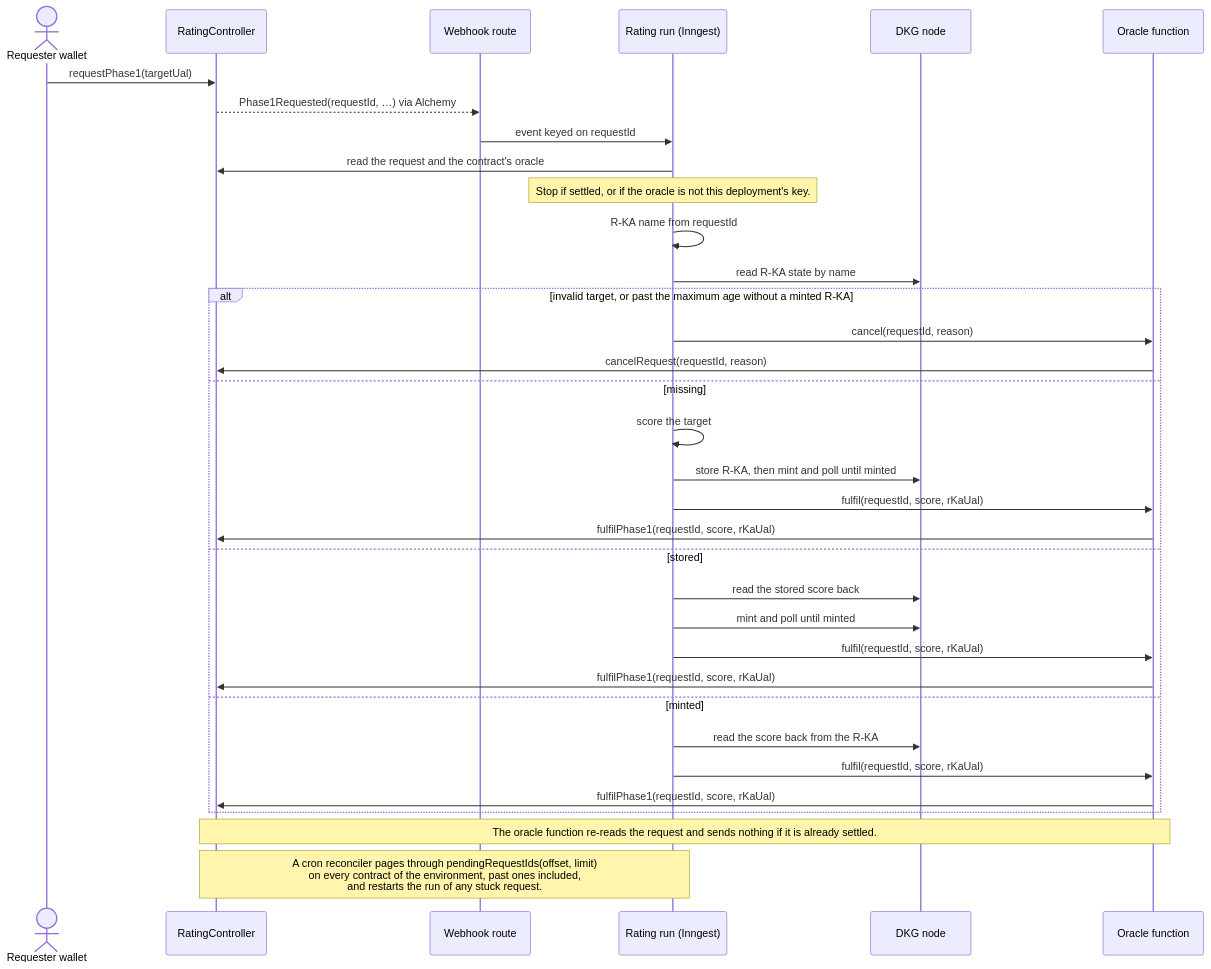
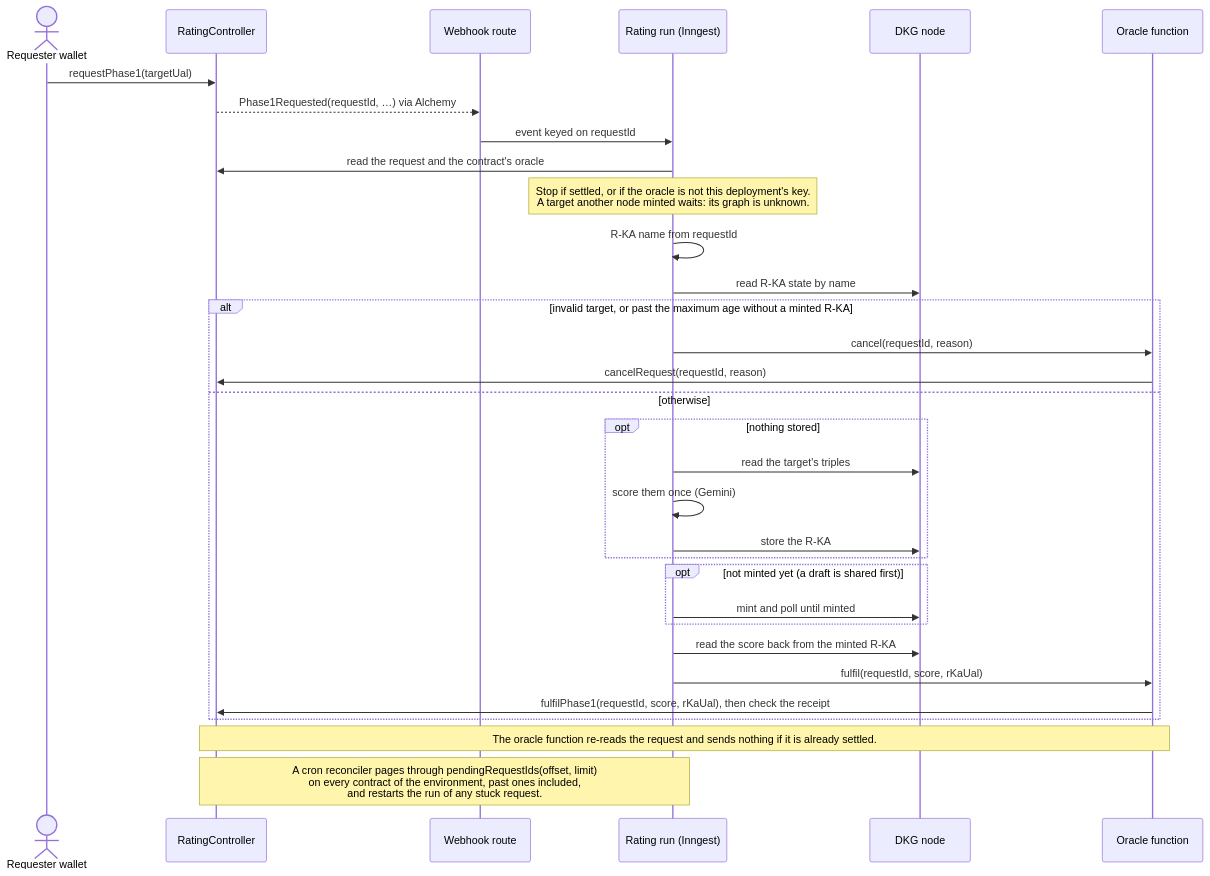
One commit to SiegfriedBz/labstrail changed the third of 3 diagrams in README.md. Above: the diagram before and after it, drawn with Mermaid. The commit also changed other lines of this file and 10 other files, not shown here.

````diff
--- a/README.md
+++ b/README.md
@@ -169,36 +175,34 @@
 ```mermaid
 sequenceDiagram
   actor U as Requester wallet
   participant C as RatingController
   participant W as Webhook route
   participant R as Rating run (Inngest)
   participant N as DKG node
   participant O as Oracle function
   U->>C: requestPhase1(targetUal)
   C-->>W: Phase1Requested(requestId, …) via Alchemy
   W->>R: event keyed on requestId
   R->>C: read the request and the contract's oracle
-  Note over R: Stop if settled, or if the oracle is not this deployment's key.
+  Note over R: Stop if settled, or if the oracle is not this deployment's key.<br/>A target another node minted waits: its graph is unknown.
   R->>R: R-KA name from requestId
   R->>N: read R-KA state by name
   alt invalid target, or past the maximum age without a minted R-KA
     R->>O: cancel(requestId, reason)
     O->>C: cancelRequest(requestId, reason)
-  else missing
-    R->>R: score the target
-    R->>N: store R-KA, then mint and poll until minted
+  else otherwise
+    opt nothing stored
+      R->>N: read the target's triples
+      R->>R: score them once (Gemini)
+      R->>N: store the R-KA
+    end
+    opt not minted yet (a draft is shared first)
+      R->>N: mint and poll until minted
+    end
+    R->>N: read the score back from the minted R-KA
     R->>O: fulfil(requestId, score, rKaUal)
-    O->>C: fulfilPhase1(requestId, score, rKaUal)
-  else stored
-    R->>N: read the stored score back
-    R->>N: mint and poll until minted
-    R->>O: fulfil(requestId, score, rKaUal)
-    O->>C: fulfilPhase1(requestId, score, rKaUal)
-  else minted
-    R->>N: read the score back from the R-KA
-    R->>O: fulfil(requestId, score, rKaUal)
-    O->>C: fulfilPhase1(requestId, score, rKaUal)
+    O->>C: fulfilPhase1(requestId, score, rKaUal), then check the receipt
   end
   Note over C,O: The oracle function re-reads the request and sends nothing if it is already settled.
   Note over C,R: A cron reconciler pages through pendingRequestIds(offset, limit)<br/>on every contract of the environment, past ones included,<br/>and restarts the run of any stuck request.
 ```
````
